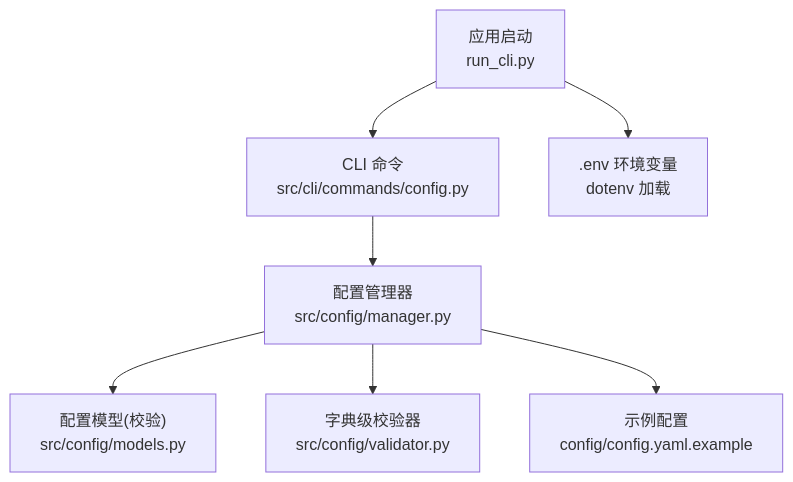
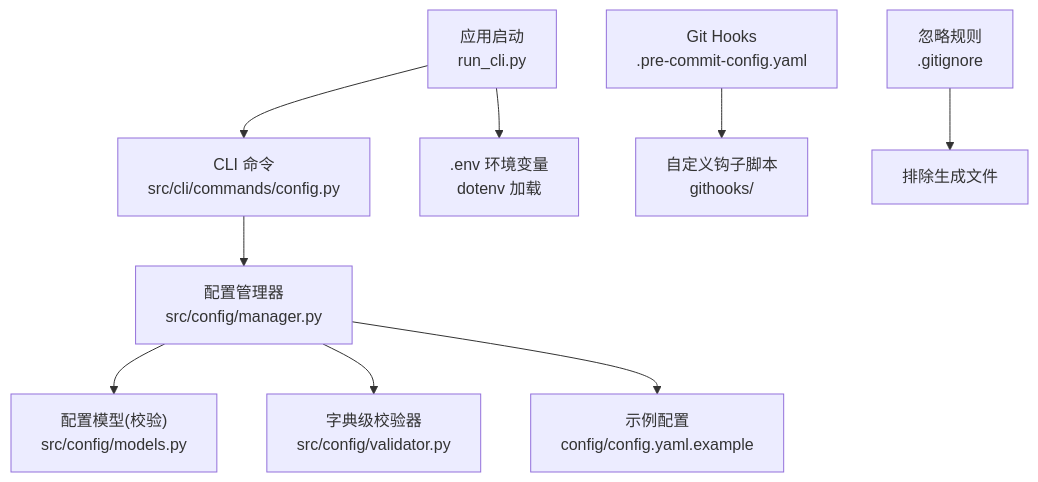
Before and after one commit to boyingliu01/fault-review-analyzer: the first of 4 diagrams in .qoder/repowiki/zh/content/配置管理.md, drawn with Mermaid. The commit also changed other lines of this file and 30 other files, not shown here.

````diff
--- a/.qoder/repowiki/zh/content/配置管理.md
+++ b/.qoder/repowiki/zh/content/配置管理.md
@@ -35,9 +46,11 @@
 ```mermaid
 graph TB
 A["应用启动<br/>run_cli.py"] --> B["CLI 命令<br/>src/cli/commands/config.py"]
 B --> C["配置管理器<br/>src/config/manager.py"]
 C --> D["配置模型(校验)<br/>src/config/models.py"]
 C --> E["字典级校验器<br/>src/config/validator.py"]
 C --> F["示例配置<br/>config/config.yaml.example"]
 A --> G[".env 环境变量<br/>dotenv 加载"]
+H["Git Hooks<br/>.pre-commit-config.yaml"] --> I["自定义钩子脚本<br/>githooks/"]
+J["忽略规则<br/>.gitignore"] --> K["排除生成文件"]
 ```
````
